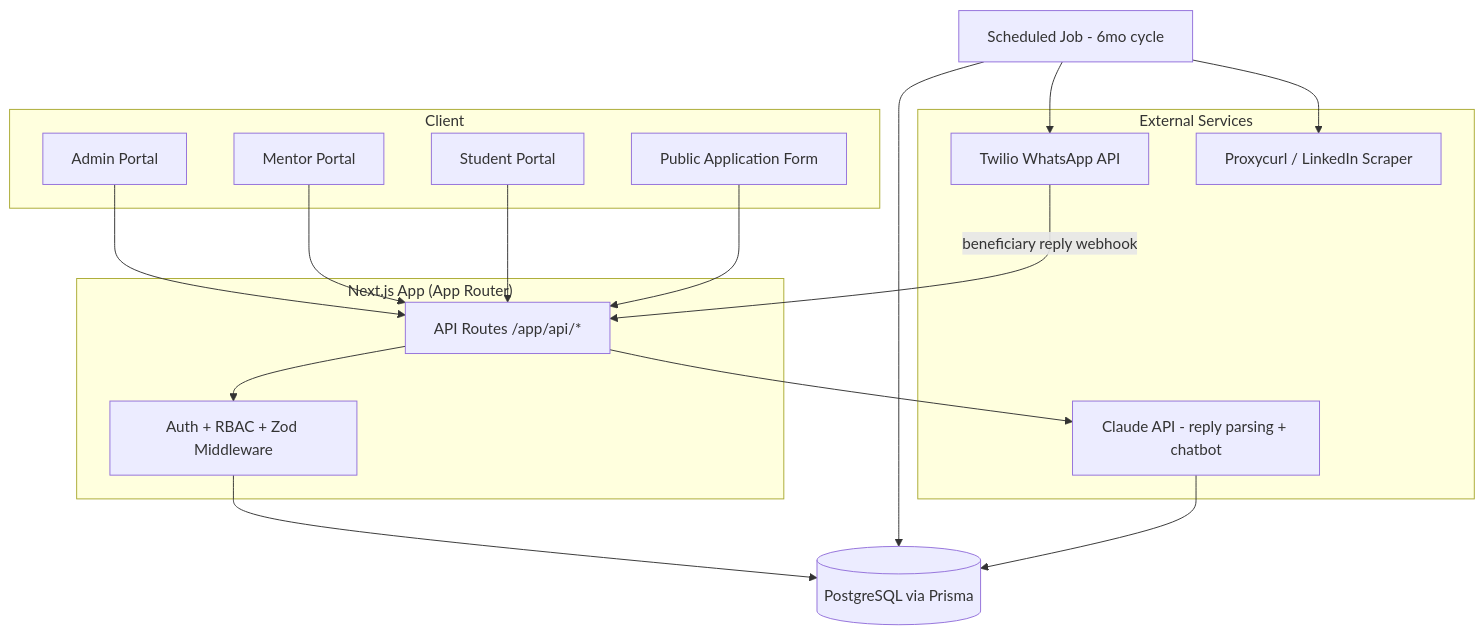
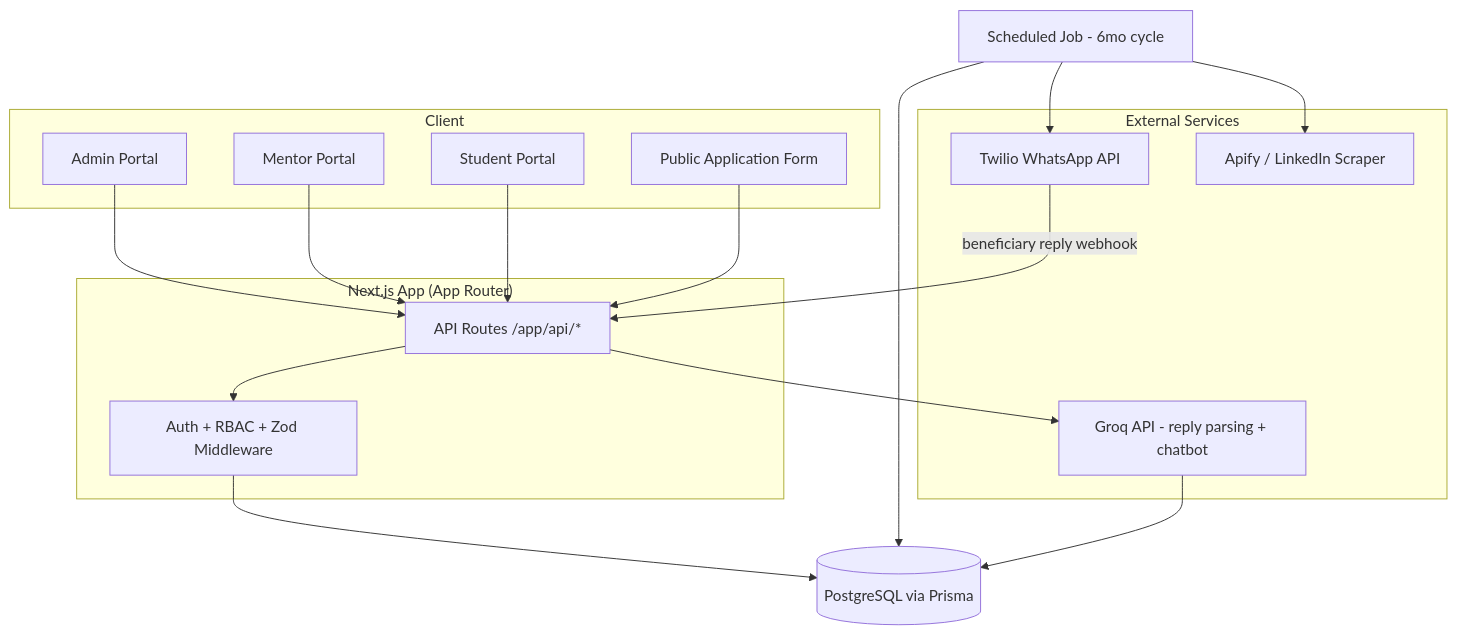
Before and after one commit to tejasvasingh2004/EduTrack: the first of 4 diagrams in hld.md, drawn with Mermaid. The commit also changed other lines of this file and 20 other files, not shown here.

````diff
--- a/hld.md
+++ b/hld.md
@@ -22,36 +22,36 @@
 ```mermaid
 flowchart TB
     subgraph Client
         A[Admin Portal]
         M[Mentor Portal]
         S[Student Portal]
         Pub[Public Application Form]
     end
 
     subgraph NextApp["Next.js App (App Router)"]
         API[API Routes /app/api/*]
         MW["Auth + RBAC + Zod Middleware"]
     end
 
     subgraph Services["External Services"]
         Twilio["Twilio WhatsApp API"]
-        Proxy["Proxycurl / LinkedIn Scraper"]
-        LLM["Claude API - reply parsing + chatbot"]
+        Proxy["Apify / LinkedIn Scraper"]
+        LLM["Groq API - reply parsing + chatbot"]
     end
 
     DB[(PostgreSQL via Prisma)]
     Cron["Scheduled Job - 6mo cycle"]
 
     A --> API
     M --> API
     S --> API
     Pub --> API
     API --> MW --> DB
 
     Cron --> Proxy
     Cron --> DB
     Cron --> Twilio
     Twilio -- "beneficiary reply webhook" --> API
     API --> LLM
     LLM --> DB
 ```
````
